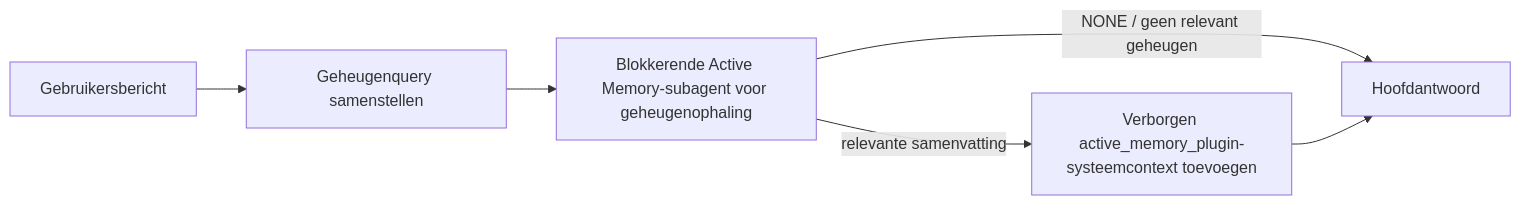
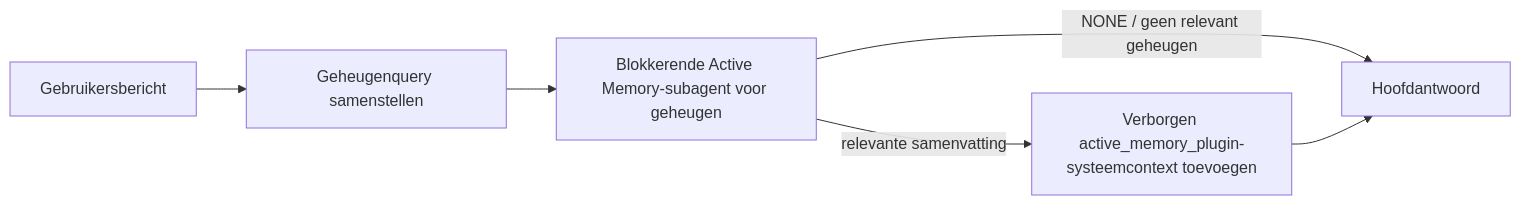
Before and after one commit to openclaw/docs: the diagram in docs/nl/concepts/active-memory.md, drawn with Mermaid. The commit also changed other lines of this file and 6121 other files, not shown here.

````diff
--- a/docs/nl/concepts/active-memory.md
+++ b/docs/nl/concepts/active-memory.md
@@ -82,8 +84,8 @@
 ```mermaid
 flowchart LR
   U["Gebruikersbericht"] --> Q["Geheugenquery samenstellen"]
-  Q --> R["Blokkerende Active Memory-subagent voor geheugenophaling"]
+  Q --> R["Blokkerende Active Memory-subagent voor geheugen"]
   R -->|NONE / geen relevant geheugen| M["Hoofdantwoord"]
   R -->|relevante samenvatting| I["Verborgen active_memory_plugin-systeemcontext toevoegen"]
   I --> M["Hoofdantwoord"]
 ```
````
